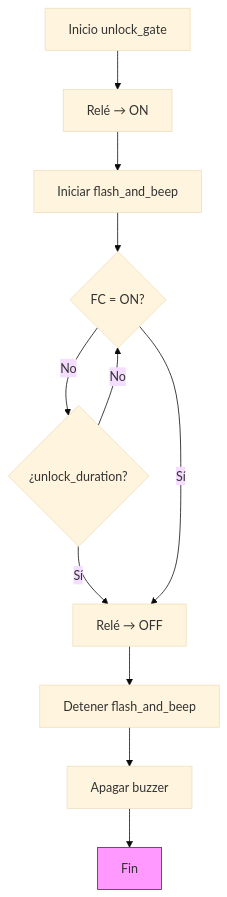
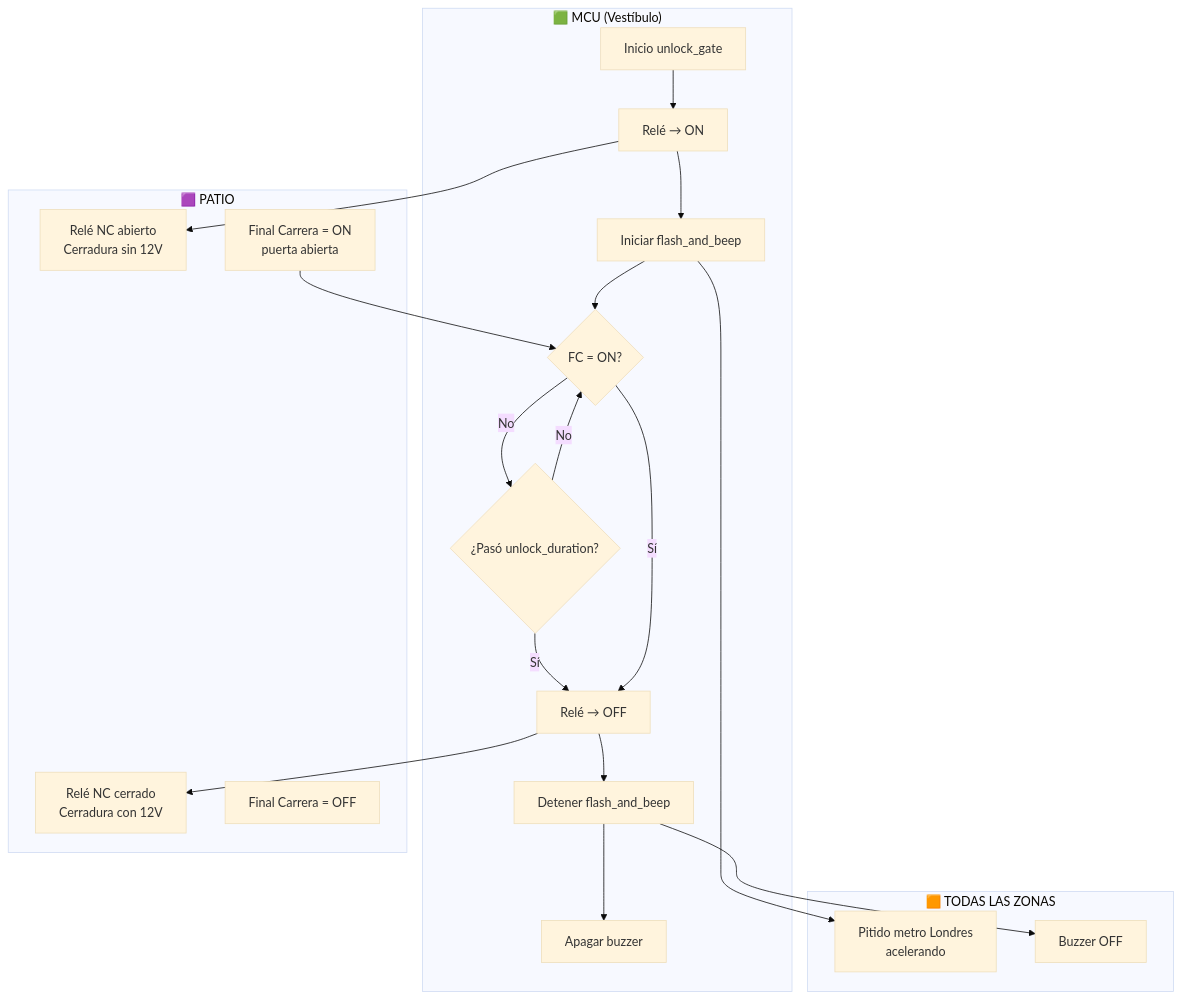
The ninth of 10 diagrams in SYSTEM_DEFINITION.md (abelbour/Abrepuertas), drawn with Mermaid (base theme) before and after one commit. The commit also changed other lines of this file, not shown here.

Commit message:
Convert all flow diagrams to swimlane format

````diff
--- a/SYSTEM_DEFINITION.md
+++ b/SYSTEM_DEFINITION.md
@@ -497,15 +537,33 @@
 ```mermaid
 flowchart TD
-    A[Inicio unlock_gate] --> B[Relé → ON]
-    B --> C[Iniciar flash_and_beep]
-    C --> D{FC = ON?}
-    D -- No --> E{¿unlock_duration?}
-    E -- No --> D
-    E -- Sí --> F[Relé → OFF]
-    D -- Sí --> F
-    F --> G[Detener flash_and_beep]
-    G --> H[Apagar buzzer]
-    H --> FIN[Fin]
+    subgraph MCU["🟩 MCU (Vestíbulo)"]
+        START[Inicio unlock_gate]
+        START --> RELAY_ON[Relé → ON]
+        RELAY_ON --> FB[Iniciar flash_and_beep]
+        FB --> LOOP{FC = ON?}
+        LOOP -- No --> TIMEOUT{"¿Pasó unlock_duration?"}
+        TIMEOUT -- No --> LOOP
+        TIMEOUT -- Sí --> RELAY_OFF[Relé → OFF]
+        LOOP -- Sí --> RELAY_OFF
+        RELAY_OFF --> STOP[Detener flash_and_beep]
+        STOP --> BUZZ_OFF[Apagar buzzer]
+    end
 
-    style FIN fill:#f9f,stroke:#333
+    subgraph LOCK["🟪 PATIO"]
+        RELE[Relé NC abierto<br/>Cerradura sin 12V]
+        RELE2[Relé NC cerrado<br/>Cerradura con 12V]
+        FC[Final Carrera = ON<br/>puerta abierta]
+        FC_OFF[Final Carrera = OFF]
+    end
+
+    subgraph PAN["🟧 TODAS LAS ZONAS"]
+        BEEP[Pitido metro Londres<br/>acelerando]
+        SILENCIO[Buzzer OFF]
+    end
+
+    RELAY_ON --> RELE
+    RELAY_OFF --> RELE2
+    FC --> LOOP
+    FB --> BEEP
+    STOP --> SILENCIO
 ```
````
